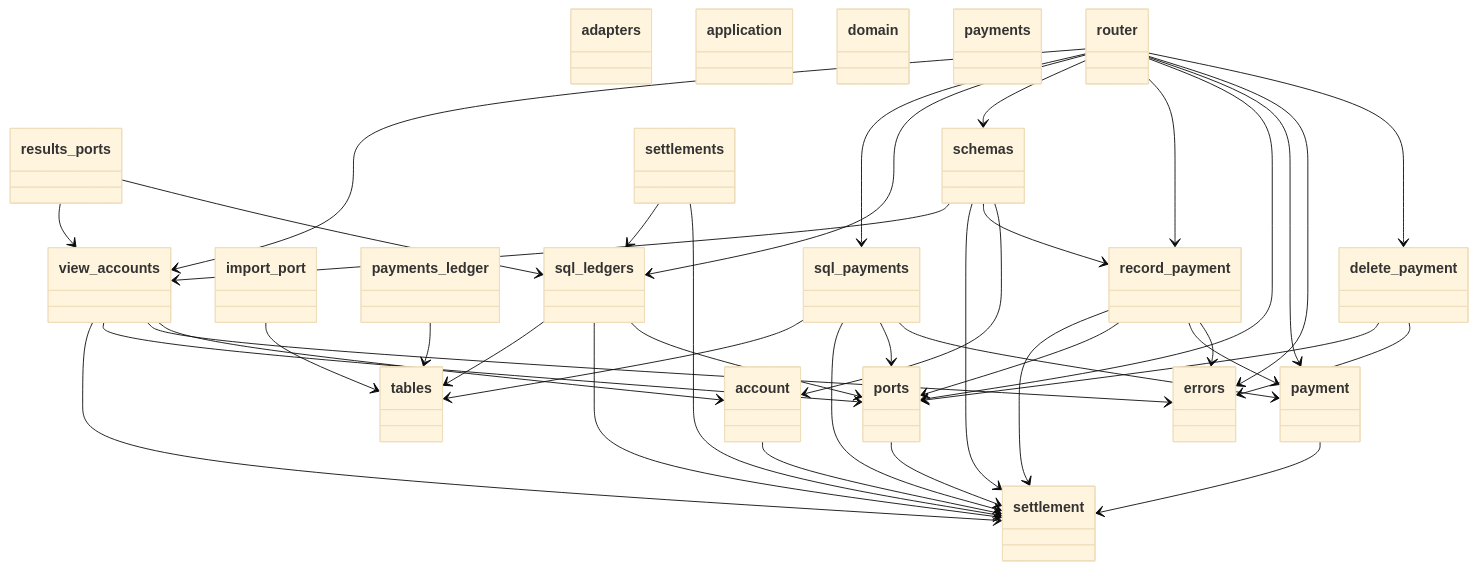
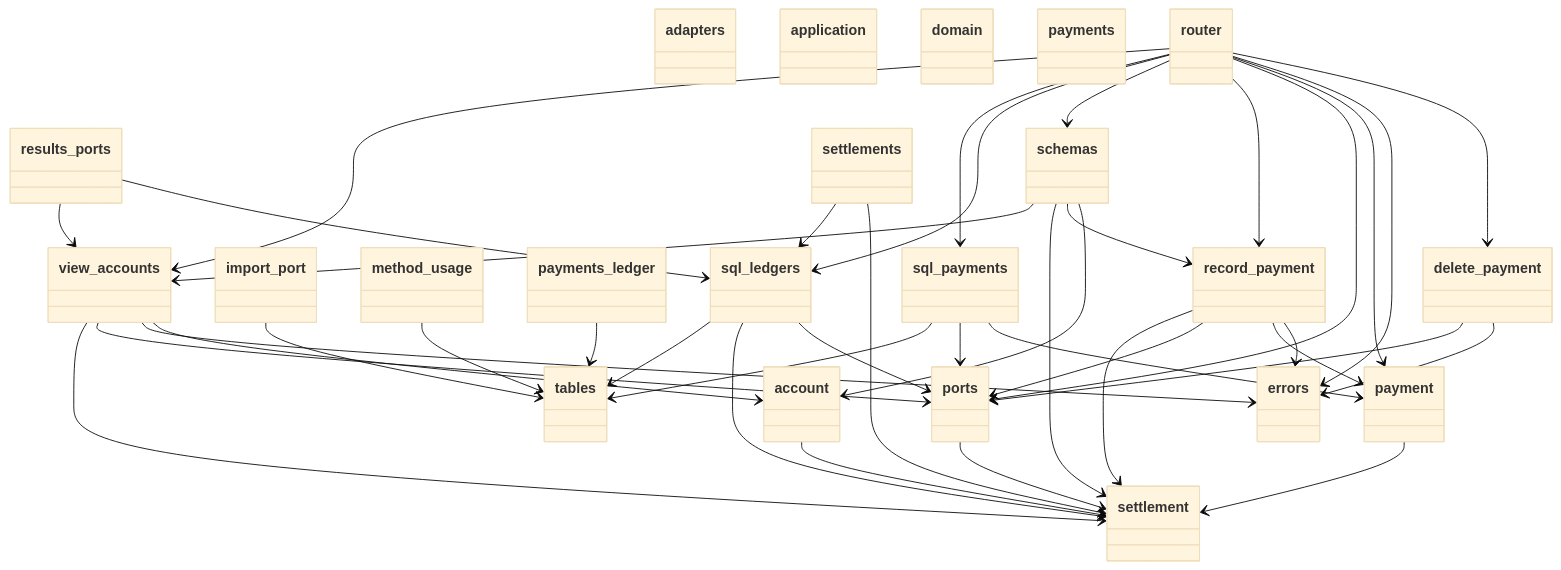
One commit to GonzaloZevallos/apostrophe changed the first of 4 diagrams in docs/architecture/generated/classes/payments.md. Above: the diagram before and after it, drawn with Mermaid (base theme). The commit also changed other lines of this file and 5 other files, not shown here.

Commit message:
Regenerate the API and architecture docs for payment_method_id

```diff
--- a/docs/architecture/generated/classes/payments.md
+++ b/docs/architecture/generated/classes/payments.md
@@ -19,6 +19,8 @@
   class errors {
   }
   class import_port {
+  }
+  class method_usage {
   }
   class payment {
   }
@@ -52,6 +54,7 @@
   delete_payment --> errors
   delete_payment --> ports
   import_port --> tables
+  method_usage --> tables
   payment --> settlement
   payments_ledger --> tables
   ports --> settlement
@@ -81,7 +84,6 @@
   sql_ledgers --> tables
   sql_payments --> payment
   sql_payments --> ports
-  sql_payments --> settlement
   sql_payments --> tables
   view_accounts --> account
   view_accounts --> errors
```
